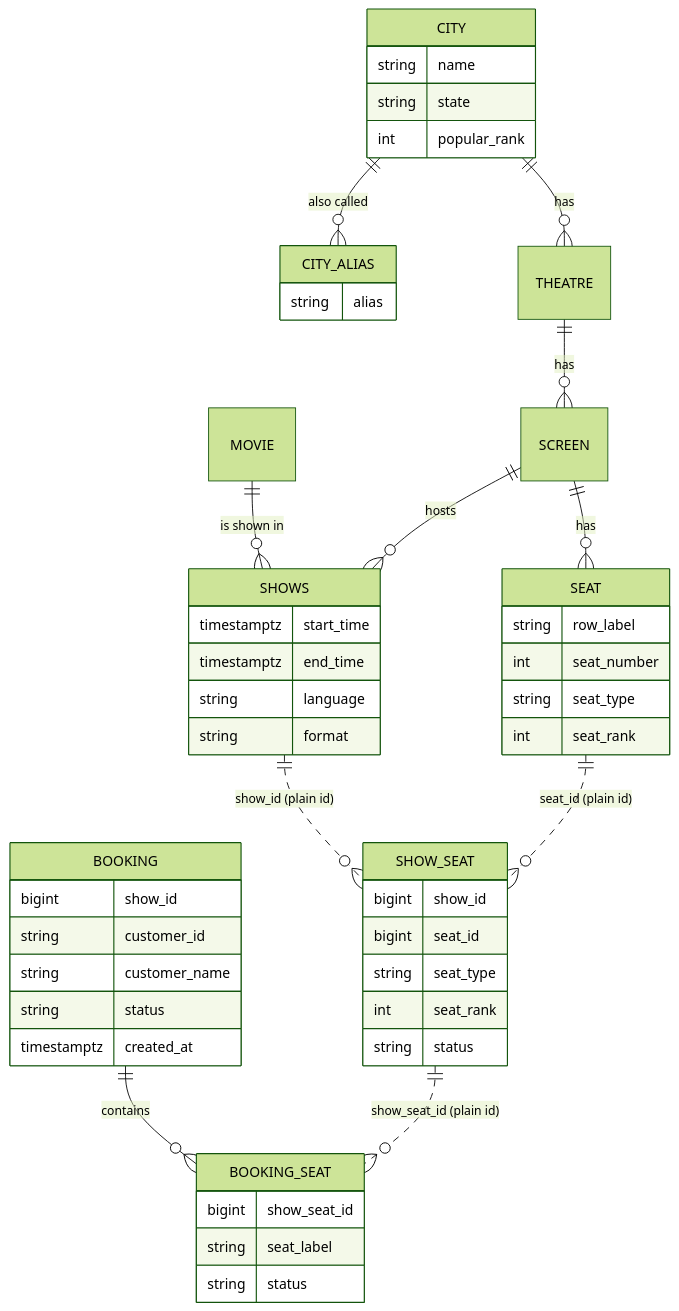
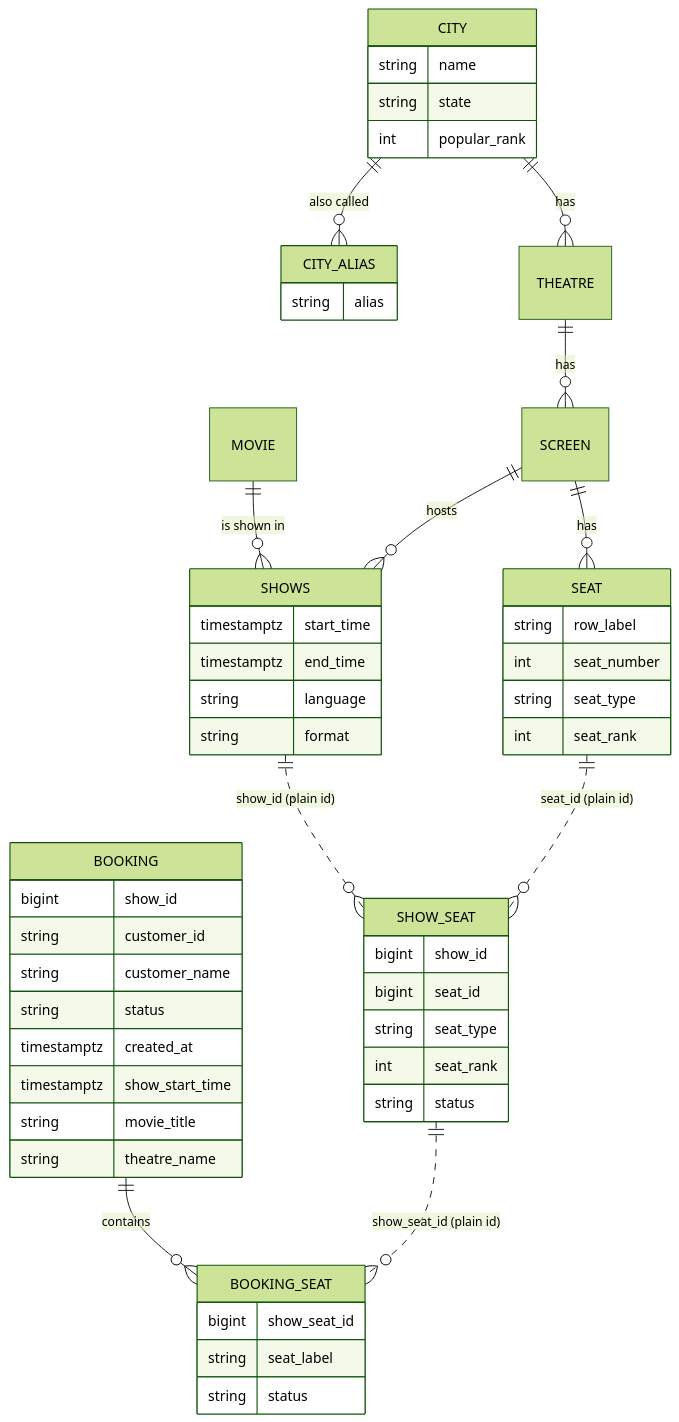
Before and after one commit to GopiSVDev/seat-lock: the third of 3 diagrams in README.md, drawn with Mermaid (forest theme). The commit also changed other lines of this file and 15 other files, not shown here.

````diff
--- a/README.md
+++ b/README.md
@@ -248,53 +253,56 @@
 ```mermaid
 erDiagram
     CITY ||--o{ CITY_ALIAS : "also called"
     CITY ||--o{ THEATRE : has
     THEATRE ||--o{ SCREEN : has
     SCREEN ||--o{ SEAT : has
     MOVIE ||--o{ SHOWS : "is shown in"
     SCREEN ||--o{ SHOWS : hosts
     SHOWS ||..o{ SHOW_SEAT : "show_id (plain id)"
     SEAT ||..o{ SHOW_SEAT : "seat_id (plain id)"
     BOOKING ||--o{ BOOKING_SEAT : contains
     SHOW_SEAT ||..o{ BOOKING_SEAT : "show_seat_id (plain id)"
 
     CITY {
         string name
         string state
         int popular_rank
     }
     CITY_ALIAS {
         string alias
     }
     SEAT {
         string row_label
         int seat_number
         string seat_type
         int seat_rank
     }
     SHOWS {
         timestamptz start_time
         timestamptz end_time
         string language
         string format
     }
     SHOW_SEAT {
         bigint show_id
         bigint seat_id
         string seat_type
         int seat_rank
         string status
     }
     BOOKING {
         bigint show_id
         string customer_id
         string customer_name
         string status
         timestamptz created_at
+        timestamptz show_start_time
+        string movie_title
+        string theatre_name
     }
     BOOKING_SEAT {
         bigint show_seat_id
         string seat_label
         string status
     }
 ```
````
